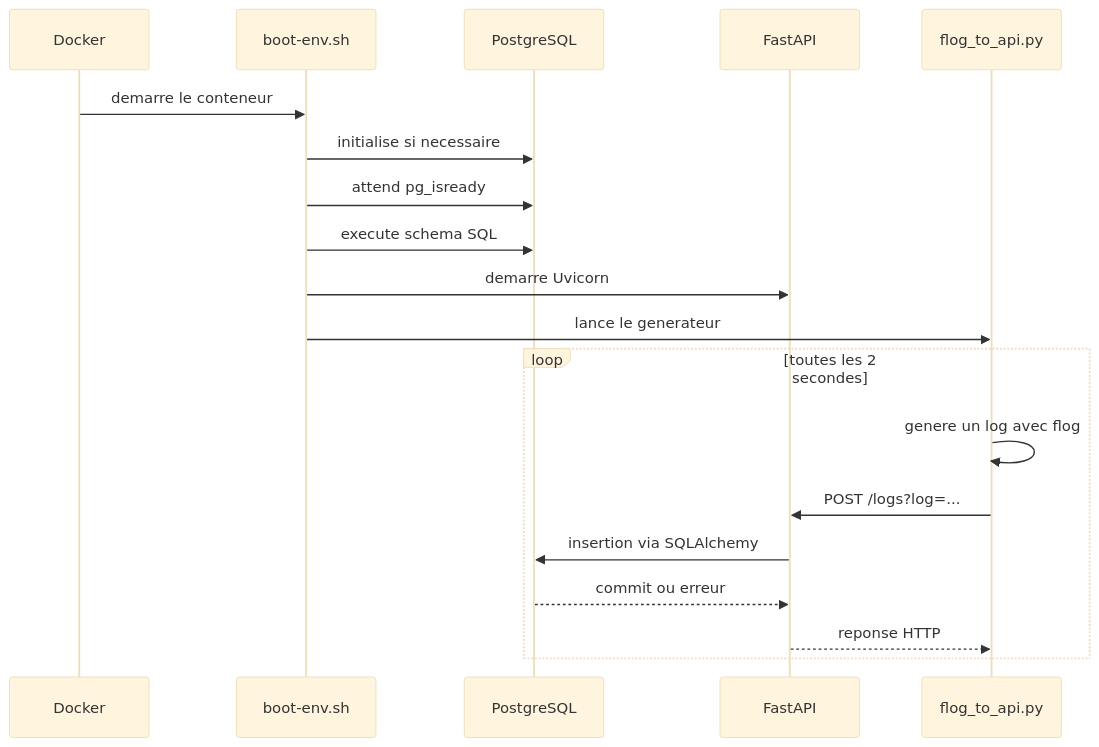
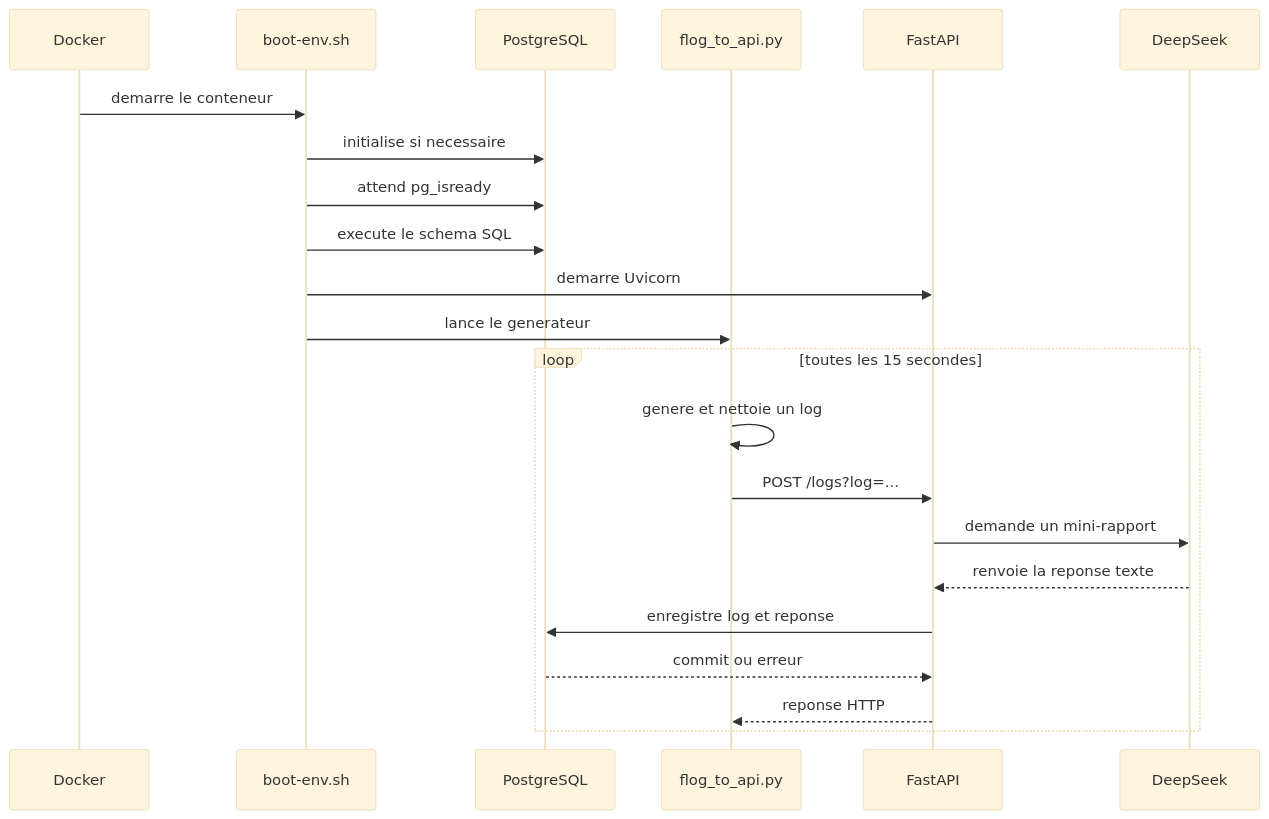
The diagram in README.md (pilou9744/projAvecMathias), drawn with Mermaid (base theme) before and after one commit. The commit also changed other lines of this file, not shown here.

````diff
--- a/README.md
+++ b/README.md
@@ -183,22 +233,25 @@
 ```mermaid
 sequenceDiagram
     participant Docker
     participant Boot as boot-env.sh
     participant PG as PostgreSQL
+    participant Flog as flog_to_api.py
     participant API as FastAPI
-    participant Flog as flog_to_api.py
+    participant AI as DeepSeek
 
     Docker->>Boot: demarre le conteneur
     Boot->>PG: initialise si necessaire
     Boot->>PG: attend pg_isready
-    Boot->>PG: execute schema SQL
+    Boot->>PG: execute le schema SQL
     Boot->>API: demarre Uvicorn
     Boot->>Flog: lance le generateur
-    loop toutes les 2 secondes
-        Flog->>Flog: genere un log avec flog
+    loop toutes les 15 secondes
+        Flog->>Flog: genere et nettoie un log
         Flog->>API: POST /logs?log=...
-        API->>PG: insertion via SQLAlchemy
+        API->>AI: demande un mini-rapport
+        AI-->>API: renvoie la reponse texte
+        API->>PG: enregistre log et reponse
         PG-->>API: commit ou erreur
         API-->>Flog: reponse HTTP
     end
 ```
````
